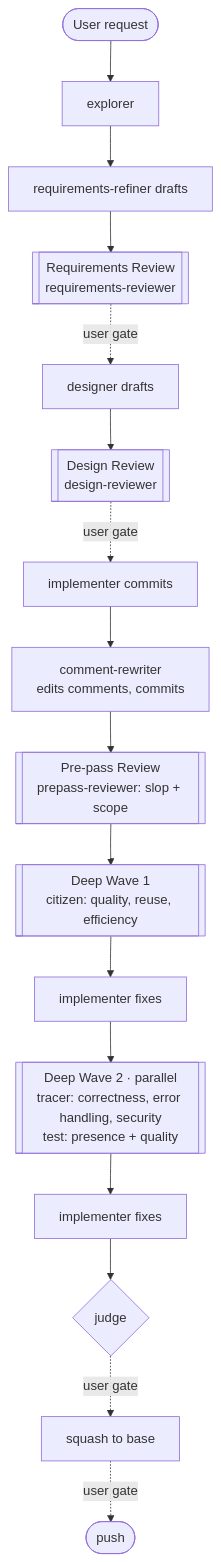
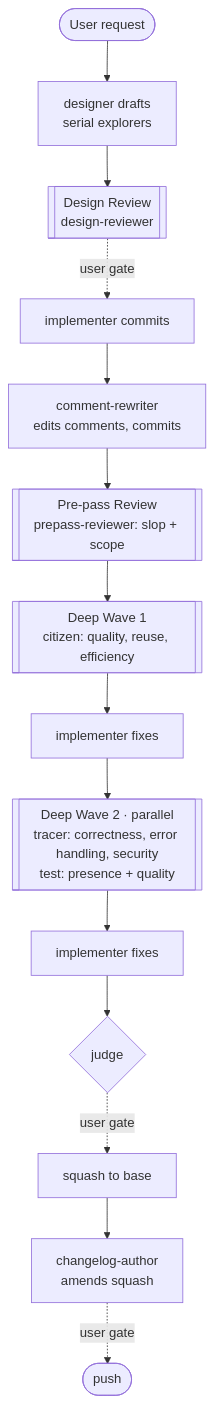
One commit to rnortman/claude-plugins changed the first of 3 diagrams in README.md. Above: the diagram before and after it, drawn with Mermaid. The commit also changed other lines of this file and 18 other files, not shown here.

````diff
--- a/README.md
+++ b/README.md
@@ -24,18 +24,16 @@
 ```mermaid
 flowchart TD
-    user([User request]) --> ex[explorer]
-    ex --> rr[requirements-refiner drafts]
-    rr --> rrev[[Requirements Review<br/>requirements-reviewer]]
-    rrev -. user gate .-> d[designer drafts]
+    user([User request]) --> d[designer drafts<br/>serial explorers]
     d --> dr[[Design Review<br/>design-reviewer]]
     dr -. user gate .-> impl[implementer commits]
     impl --> cw[comment-rewriter<br/>edits comments, commits]
     cw --> pp[[Pre-pass Review<br/>prepass-reviewer: slop + scope]]
     pp --> w1[[Deep Wave 1<br/>citizen: quality, reuse, efficiency]]
     w1 --> fix1[implementer fixes]
     fix1 --> w2[[Deep Wave 2 · parallel<br/>tracer: correctness, error handling, security<br/>test: presence + quality]]
     w2 --> fix2[implementer fixes]
     fix2 --> dj{judge}
     dj -. user gate .-> sq[squash to base]
-    sq -. user gate .-> push([push])
+    sq --> cl[changelog-author<br/>amends squash]
+    cl -. user gate .-> push([push])
 ```
````
